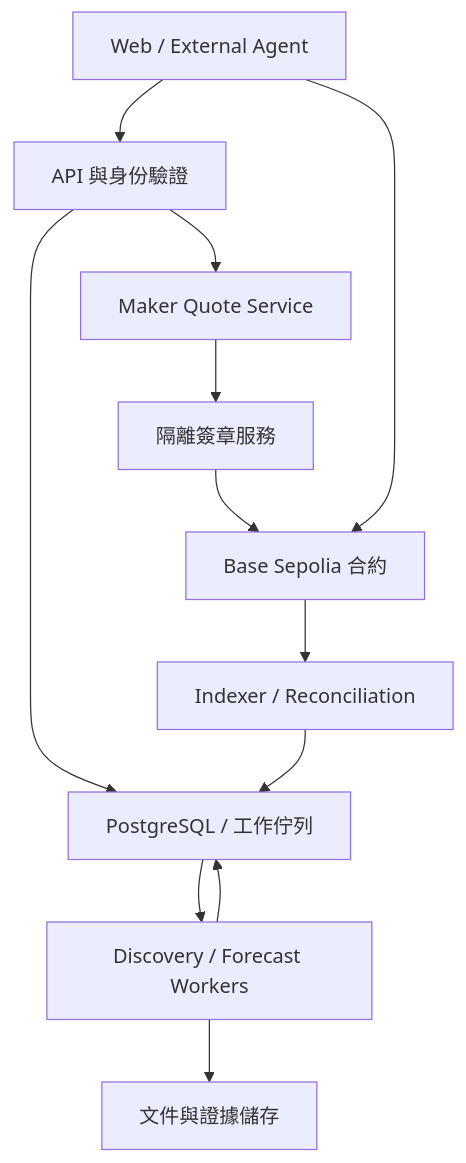
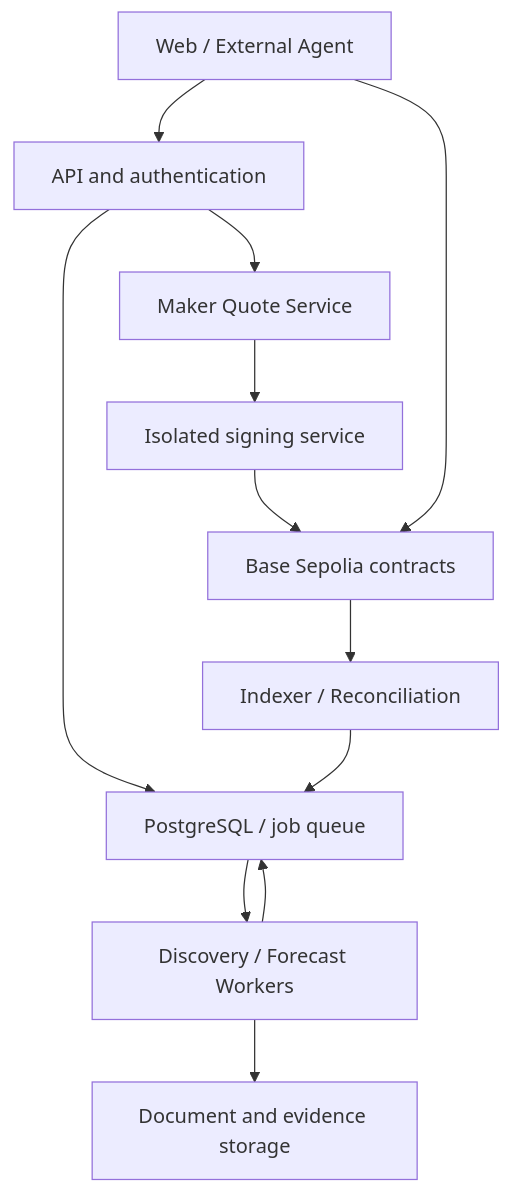
Before and after one commit to Blink-Markets/blinkmarket: the diagram in Blink_MVP_v0.1_Base_Sepolia_Spec.md, drawn with Mermaid. The commit also changed other lines of this file and 20 other files, not shown here.

````diff
--- a/Blink_MVP_v0.1_Base_Sepolia_Spec.md
+++ b/Blink_MVP_v0.1_Base_Sepolia_Spec.md
@@ -81,14 +83,14 @@
 ```mermaid
 flowchart TD
-    UI["Web / External Agent"] --> API["API 與身份驗證"]
-    API --> DB["PostgreSQL / 工作佇列"]
+    UI["Web / External Agent"] --> API["API and authentication"]
+    API --> DB["PostgreSQL / job queue"]
     DB --> W["Discovery / Forecast Workers"]
-    W --> EV["文件與證據儲存"]
+    W --> EV["Document and evidence storage"]
     W --> DB
     API --> Q["Maker Quote Service"]
-    Q --> S["隔離簽章服務"]
-    UI --> C["Base Sepolia 合約"]
+    Q --> S["Isolated signing service"]
+    UI --> C["Base Sepolia contracts"]
     S --> C
     C --> I["Indexer / Reconciliation"]
     I --> DB
 ```
````
